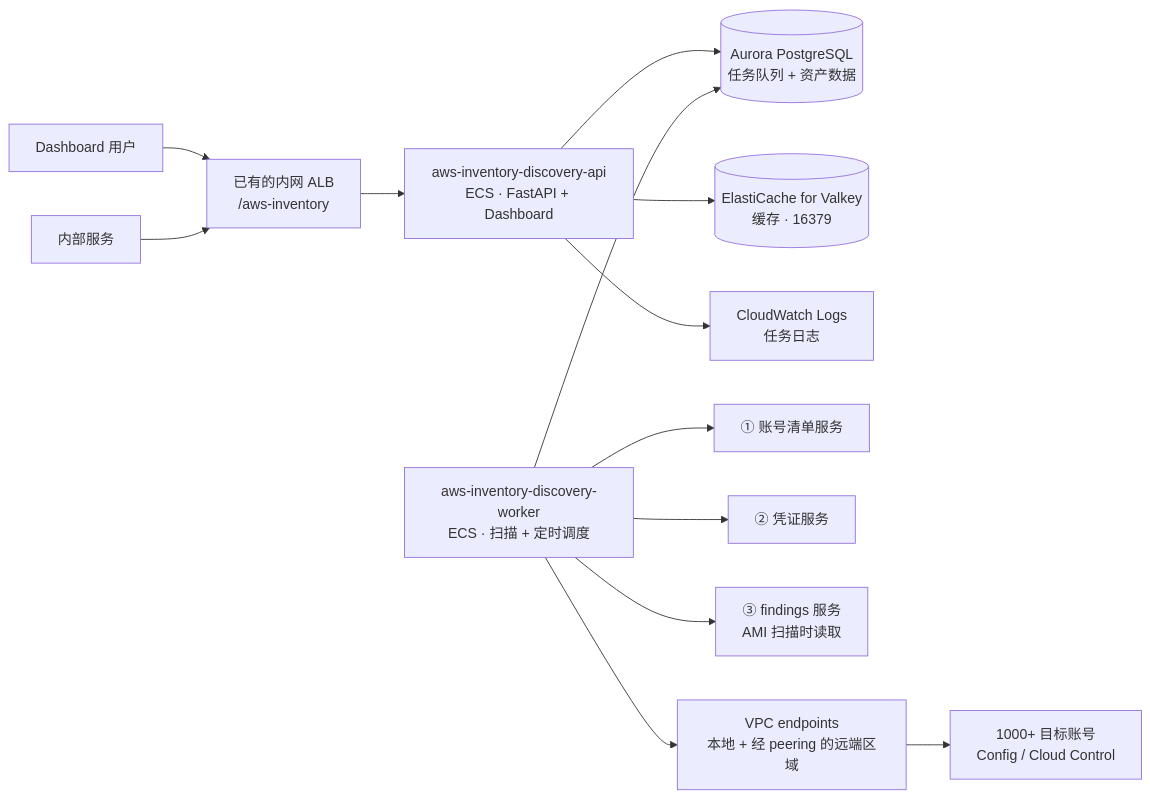
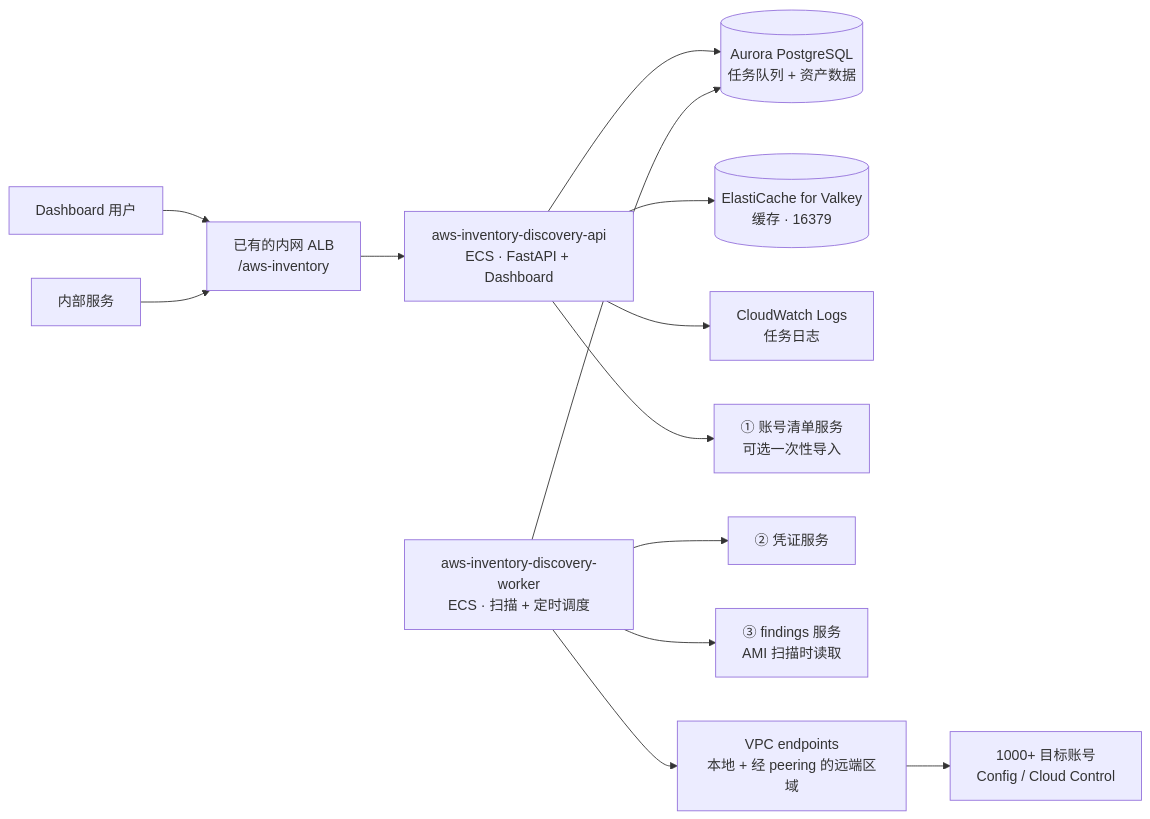
The diagram in docs/DESIGN.md (ByteChill/aws-inventory-discovery), drawn with Mermaid before and after one commit. The commit also changed other lines of this file and 57 other files, not shown here.

````diff
--- a/docs/DESIGN.md
+++ b/docs/DESIGN.md
@@ -49,15 +49,15 @@
 ```mermaid
 flowchart LR
   U[Dashboard 用户] --> ALB[已有的内网 ALB<br/>/aws-inventory]
   S[内部服务] --> ALB
   ALB --> API[aws-inventory-discovery-api<br/>ECS · FastAPI + Dashboard]
   API --> PG[(Aurora PostgreSQL<br/>任务队列 + 资产数据)]
   API --> R[(ElastiCache for Valkey<br/>缓存 · 16379)]
   API --> CWL[CloudWatch Logs<br/>任务日志]
+  API --> REG[① 账号清单服务<br/>可选一次性导入]
   W[aws-inventory-discovery-worker<br/>ECS · 扫描 + 定时调度] --> PG
-  W --> REG[① 账号清单服务]
   W --> CRED[② 凭证服务]
   W --> FIND[③ findings 服务<br/>AMI 扫描时读取]
   W --> EP[VPC endpoints<br/>本地 + 经 peering 的远端区域]
   EP --> T[1000+ 目标账号<br/>Config / Cloud Control]
 ```
````
